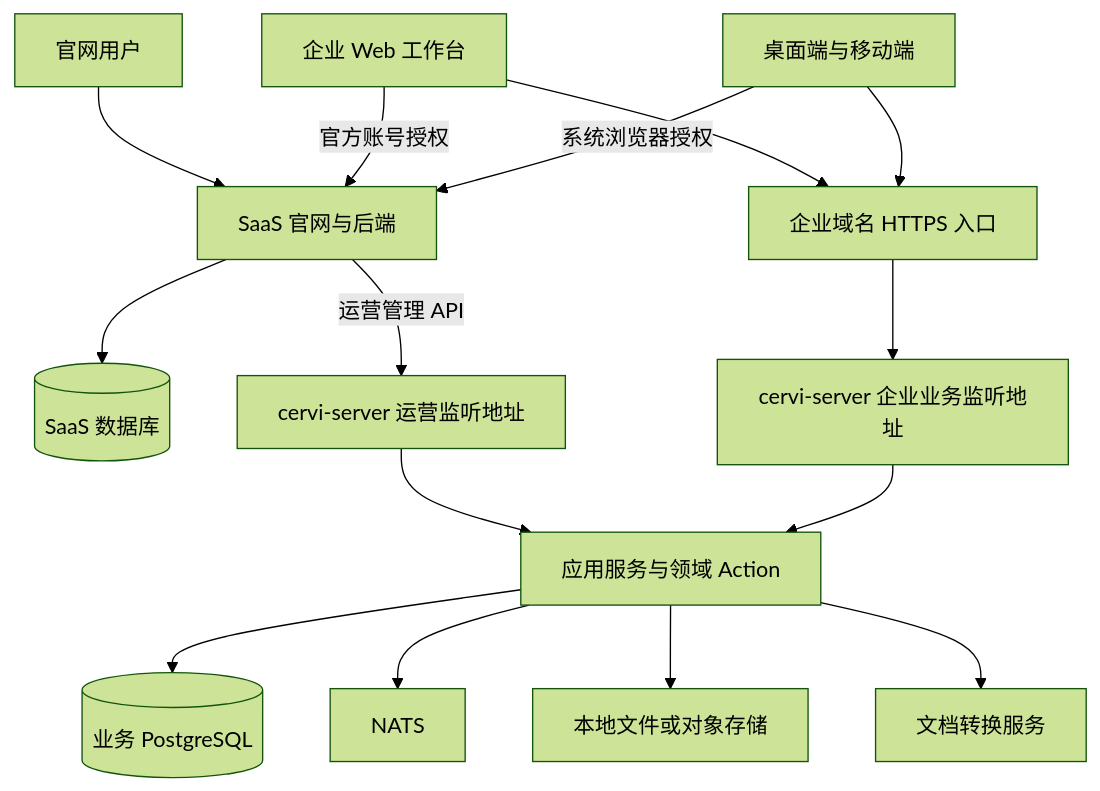
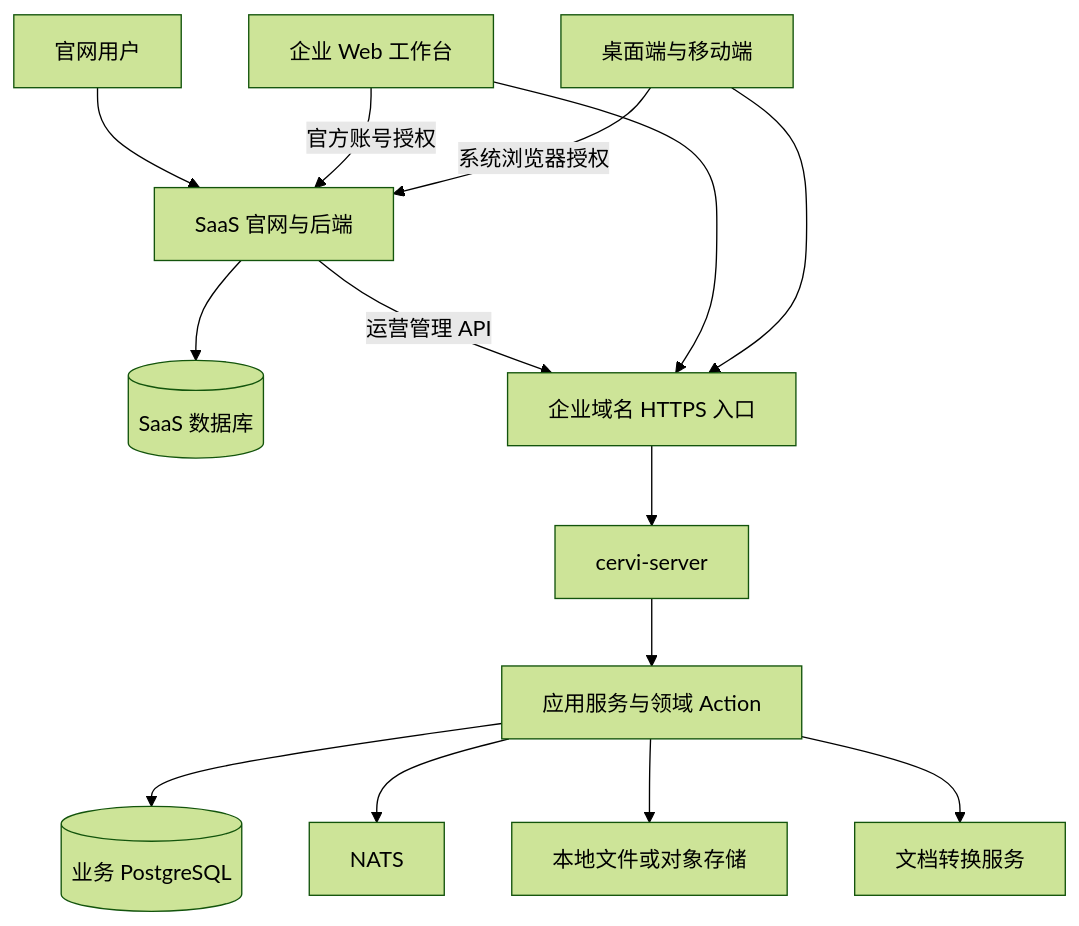
The first of 2 diagrams in docs/saas-hosting-plan.md (runforyou-ai/cervi), drawn with Mermaid (forest theme) before and after one commit. The commit also changed other lines of this file and 39 other files, not shown here.

````diff
--- a/docs/saas-hosting-plan.md
+++ b/docs/saas-hosting-plan.md
@@ -57,20 +57,19 @@
 ```mermaid
 flowchart TD
     Browser[官网用户] --> SaaS[SaaS 官网与后端]
     SaaS --> SaaSDB[(SaaS 数据库)]
-    SaaS -->|运营管理 API| Operator[cervi-server 运营监听地址]
-    Operator --> App[应用服务与领域 Action]
+    SaaS -->|运营管理 API| Edge[企业域名 HTTPS 入口]
 
-    Web[企业 Web 工作台] --> Edge[企业域名 HTTPS 入口]
+    Web[企业 Web 工作台] --> Edge
     Native[桌面端与移动端] --> Edge
-    Edge --> Business[cervi-server 企业业务监听地址]
-    Business --> App
+    Edge --> Server[cervi-server]
+    Server --> App[应用服务与领域 Action]
 
     App --> PG[(业务 PostgreSQL)]
     App --> NATS[NATS]
     App --> Files[本地文件或对象存储]
     App --> Convert[文档转换服务]
 
     Web -->|官方账号授权| SaaS
     Native -->|系统浏览器授权| SaaS
 ```
````
